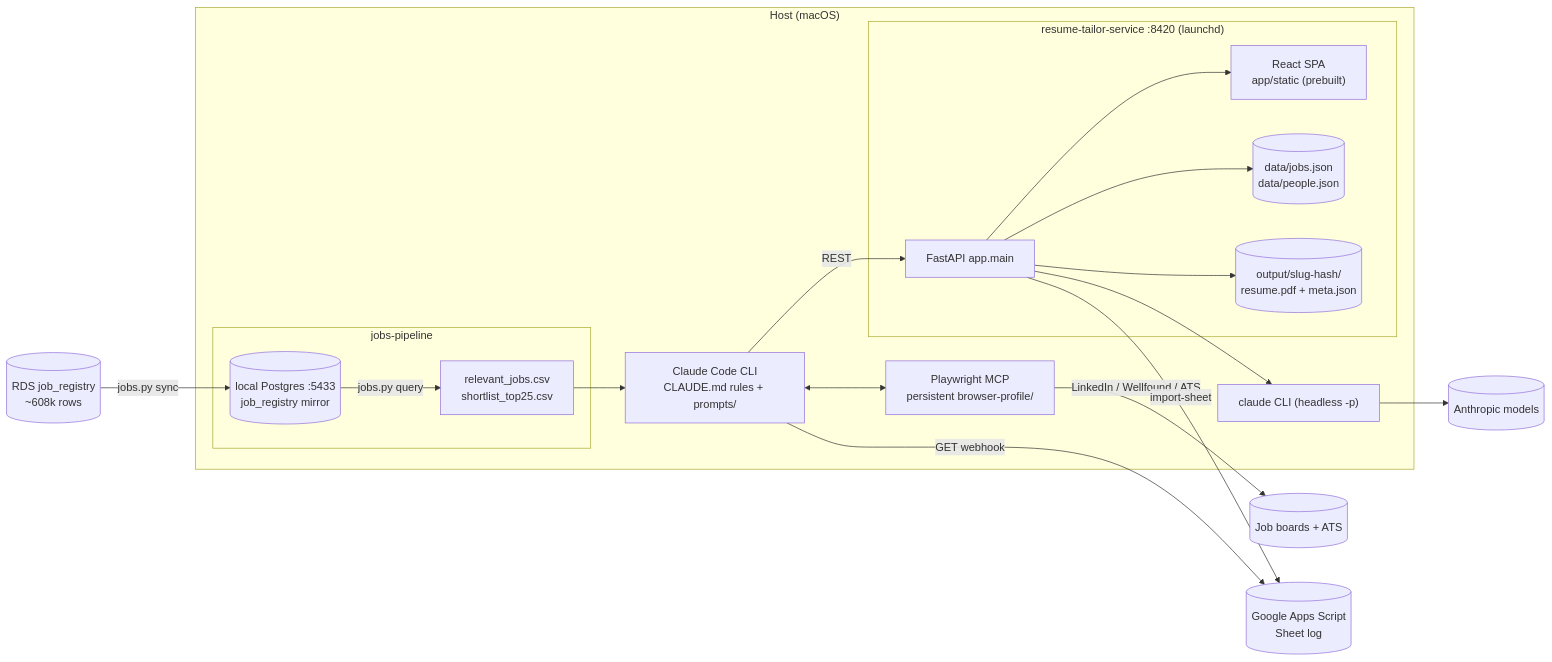
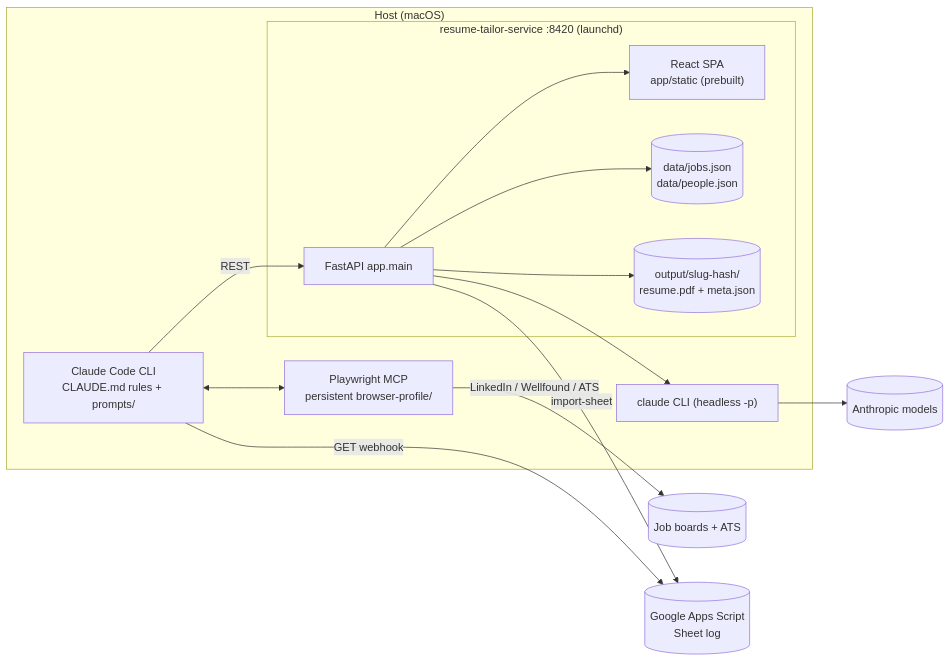
The first of 4 diagrams in docs/ARCHITECTURE.md (Harshksaw/job-machine), drawn with Mermaid before and after one commit. The commit also changed other lines of this file and 10 other files, not shown here.

First line of the commit message:
chore: drop the RDS jobs-pipeline discovery lane

````diff
--- a/docs/ARCHITECTURE.md
+++ b/docs/ARCHITECTURE.md
@@ -21,32 +25,25 @@
 ```mermaid
 flowchart LR
   subgraph host["Host (macOS)"]
     CC["Claude Code CLI<br/>CLAUDE.md rules + prompts/"]
     PW["Playwright MCP<br/>persistent browser-profile/"]
     subgraph svc["resume-tailor-service :8420 (launchd)"]
       API["FastAPI app.main"]
       SPA["React SPA<br/>app/static (prebuilt)"]
       STORE[("data/jobs.json<br/>data/people.json")]
       OUT[("output/slug-hash/<br/>resume.pdf + meta.json")]
     end
-    subgraph pipe["jobs-pipeline"]
-      PG[("local Postgres :5433<br/>job_registry mirror")]
-      CSV["relevant_jobs.csv<br/>shortlist_top25.csv"]
-    end
     CLI["claude CLI (headless -p)"]
   end
 
-  RDS[("RDS job_registry<br/>~608k rows")] -->|jobs.py sync| PG
-  PG -->|jobs.py query| CSV
-  CSV --> CC
   CC <--> PW
   PW -->|LinkedIn / Wellfound / ATS| WEB[("Job boards + ATS")]
   CC -->|REST| API
   API --> STORE
   API --> OUT
   API --> CLI
   CLI --> ANT[("Anthropic models")]
   API --> SPA
   CC -->|GET webhook| GAS[("Google Apps Script<br/>Sheet log")]
   API -->|import-sheet| GAS
 ```
````
